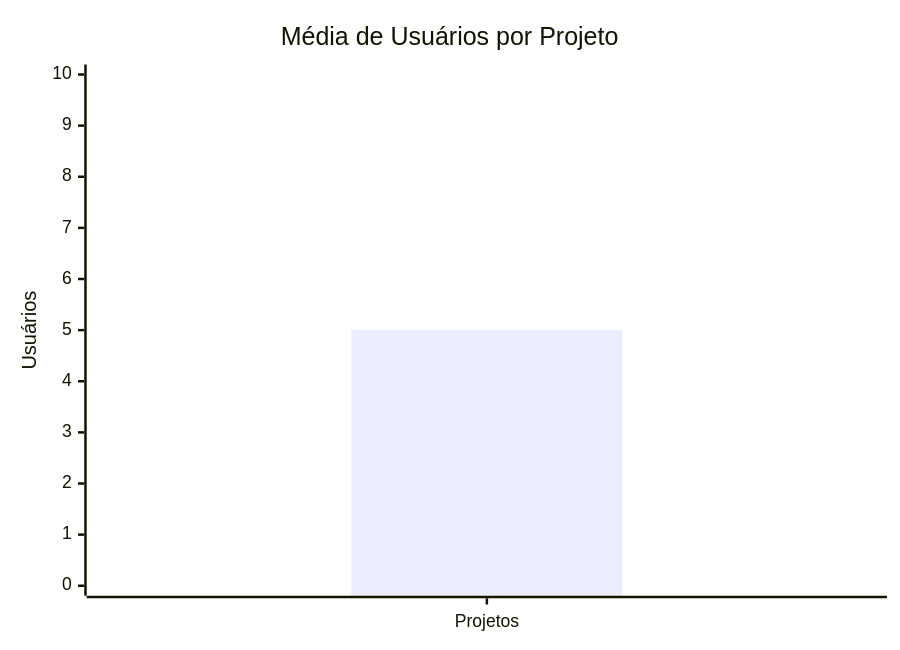
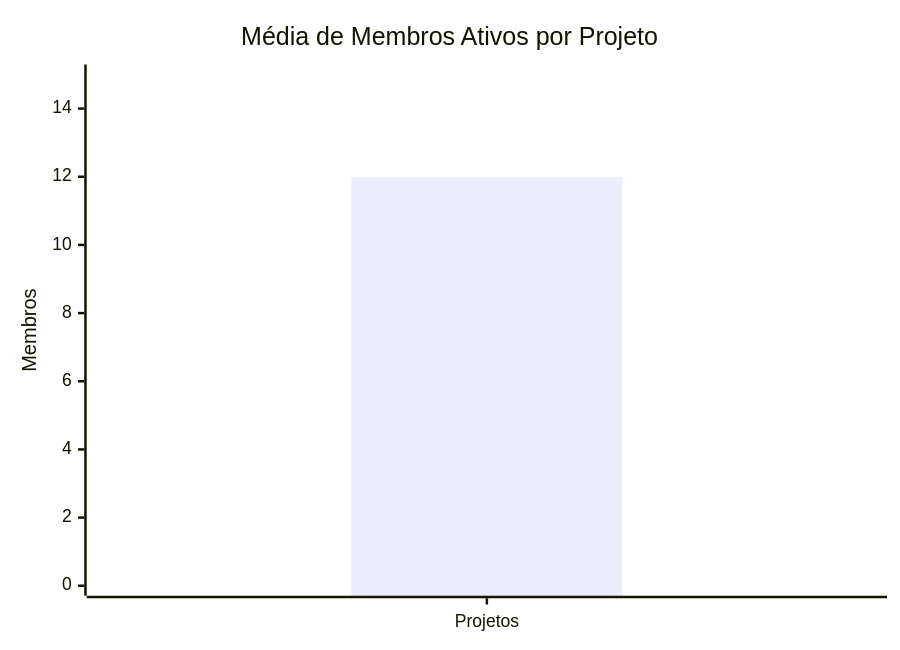
Before and after one commit to Ennzzo/acadus: the second of 6 diagrams in docs/performance-indicators.md, drawn with Mermaid. The commit also changed other lines of this file and 24 other files, not shown here.

````diff
--- a/docs/performance-indicators.md
+++ b/docs/performance-indicators.md
@@ -15,7 +41,7 @@
 ```mermaid
 xychart-beta
-    title "Média de Usuários por Projeto"
+    title "Média de Membros Ativos por Projeto"
     x-axis ["Projetos"]
-    y-axis "Usuários" 0 --> 10
-    bar [5]
+    y-axis "Membros" 0 --> 15
+    bar [12]
 ```
````
